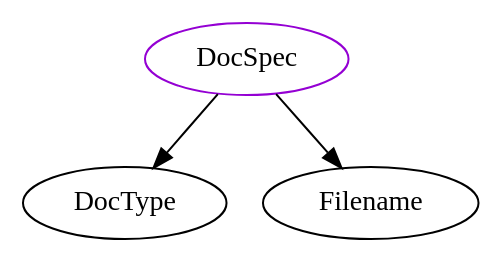
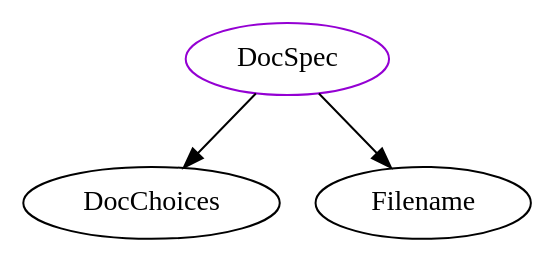
The diagram in analysis/TypeDependencyGraphs/gen/DocSpec.dot (JacquesCarette/Drasil), drawn with Graphviz before and after one commit. The commit also changed 8395 other files, not shown here.

```diff
--- a/analysis/TypeDependencyGraphs/gen/DocSpec.dot
+++ b/analysis/TypeDependencyGraphs/gen/DocSpec.dot
@@ -1,5 +1,5 @@
 digraph docspec{
-DocSpec -> DocType;
+DocSpec -> DocChoices;
 DocSpec -> Filename;
 DocSpec	[shape=oval, color=darkviolet, label="DocSpec"];
 }
```
